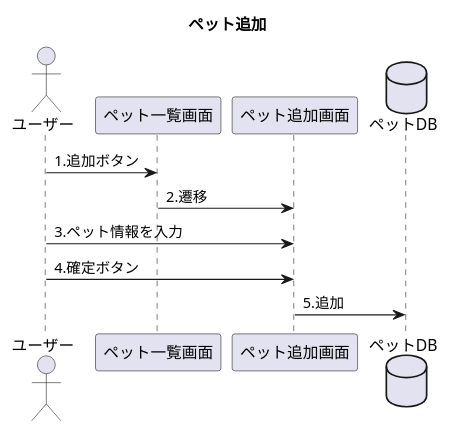
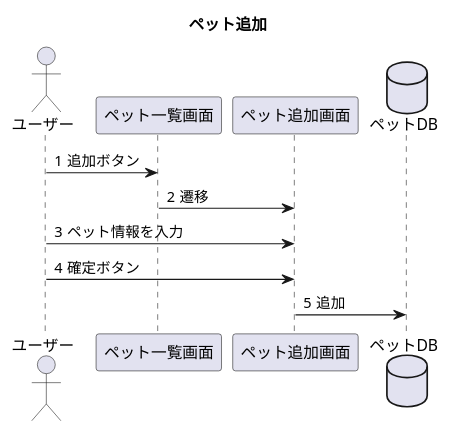
Before and after one commit to Tyamanaka07/WebSystem: the diagram in UML/seq_petAdd.pu, drawn with PlantUML. The commit also changed 5 other files, not shown here.

```diff
--- a/UML/seq_petAdd.pu
+++ b/UML/seq_petAdd.pu
@@ -1,14 +1,15 @@
 @startuml
 title ペット追加
 actor ユーザー
 participant ペット一覧画面
 participant ペット追加画面
 database ペットDB
+autonumber "#"
 
-ユーザー->ペット一覧画面:1.追加ボタン
-ペット一覧画面->ペット追加画面:2.遷移
-ユーザー->ペット追加画面:3.ペット情報を入力
-ユーザー->ペット追加画面:4.確定ボタン
-ペット追加画面->ペットDB:5.追加
+ユーザー->ペット一覧画面:追加ボタン
+ペット一覧画面->ペット追加画面:遷移
+ユーザー->ペット追加画面:ペット情報を入力
+ユーザー->ペット追加画面:確定ボタン
+ペット追加画面->ペットDB:追加
 
 @enduml
```
